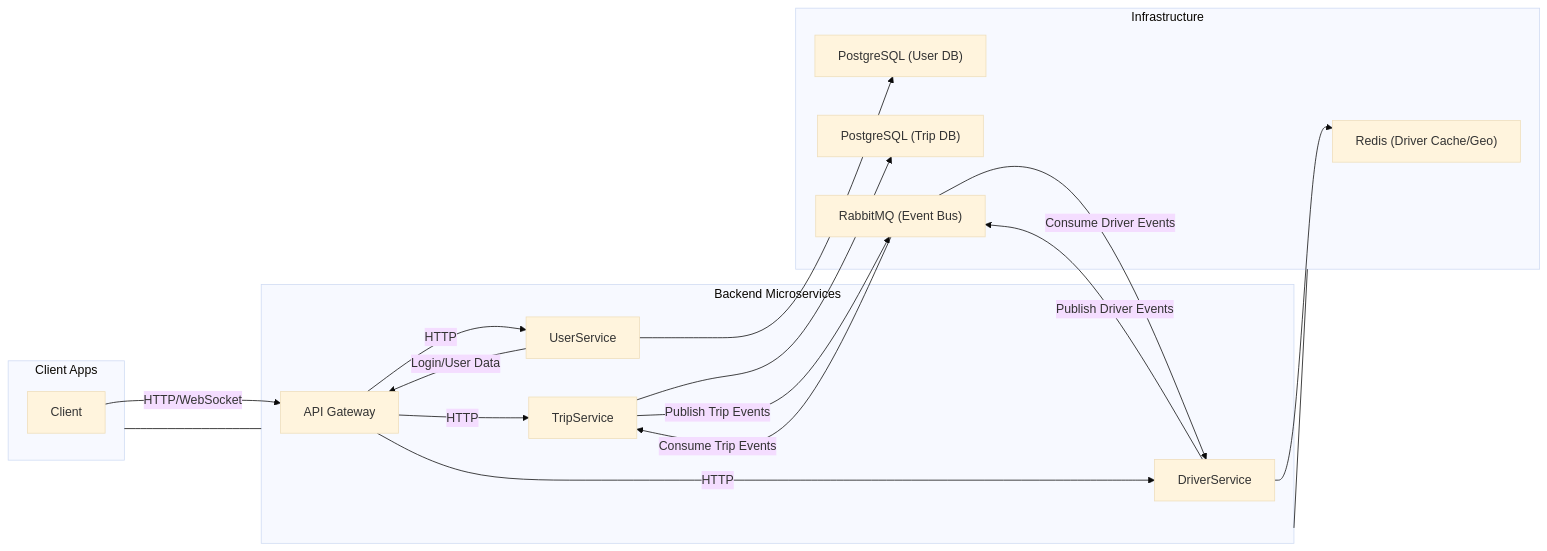
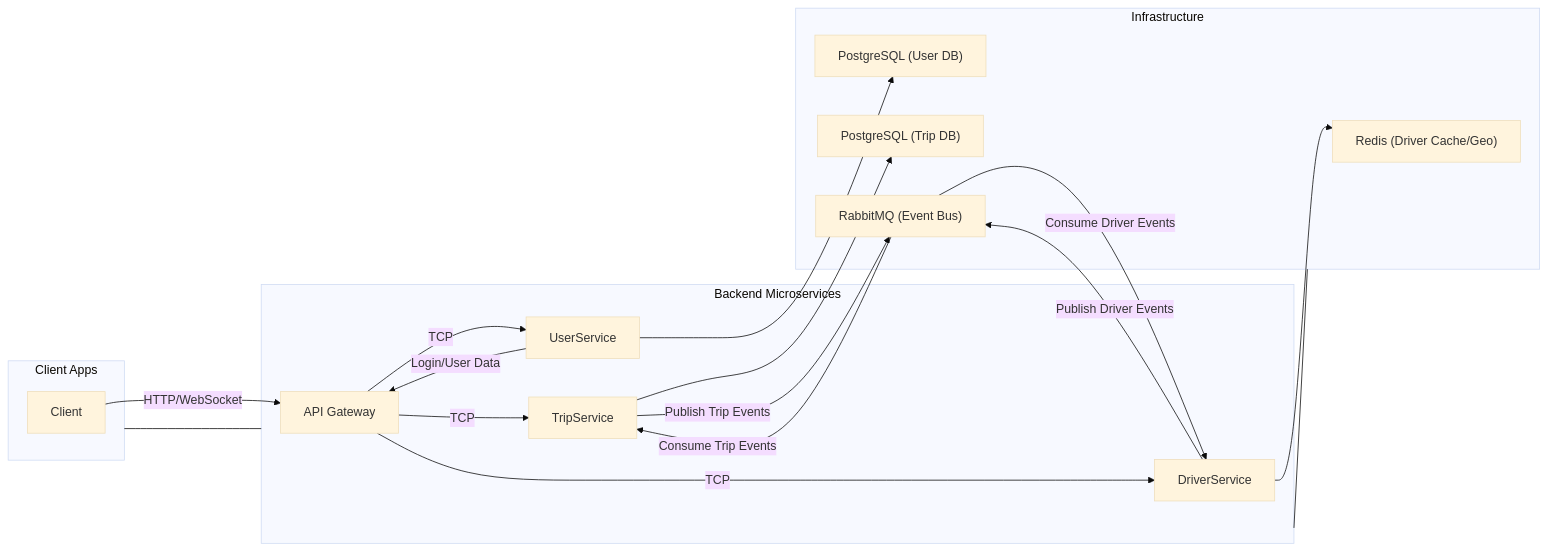
Before and after one commit to LeVanHuy84/uit-go-project: the second of 4 diagrams in ARCHITECTURE.md, drawn with Mermaid (base theme).

````diff
--- a/ARCHITECTURE.md
+++ b/ARCHITECTURE.md
@@ -108,71 +108,71 @@
 ```mermaid
 flowchart LR
   %% ===========================
   %% CLIENT LAYER
   %% ===========================
   subgraph Clients["Client Apps"]
     Client["Client"]
   end
 
   %% ===========================
   %% SERVICE LAYER
   %% ===========================
   subgraph Services["Backend Microservices"]
     ApiGateway["API Gateway"]
     UserSvc["UserService"]
     TripSvc["TripService"]
     DriverSvc["DriverService"]
   end
 
   %% ===========================
   %% INFRASTRUCTURE LAYER
   %% ===========================
   subgraph Infra["Infrastructure"]
     Redis["Redis (Driver Cache/Geo)"]
     PostgresUser["PostgreSQL (User DB)"]
     PostgresTrip["PostgreSQL (Trip DB)"]
     MQ["RabbitMQ (Event Bus)"]
   end
 
   %% ===========================
   %% CLIENT → GATEWAY
   %% ===========================
   Client --> |HTTP/WebSocket| ApiGateway
 
   %% ===========================
   %% GATEWAY → SERVICES
   %% ===========================
-  ApiGateway --> |HTTP| UserSvc
-  ApiGateway --> |HTTP| TripSvc
-  ApiGateway --> |HTTP| DriverSvc
+  ApiGateway --> |TCP| UserSvc
+  ApiGateway --> |TCP| TripSvc
+  ApiGateway --> |TCP| DriverSvc
 
   %% ===========================
   %% AUTH FLOW (LOGIN)
   %% ===========================
   UserSvc --> |Login/User Data| ApiGateway
 
   %% ===========================
   %% DATABASE CONNECTIONS
   %% ===========================
   UserSvc --> PostgresUser
   TripSvc --> PostgresTrip
 
   %% ===========================
   %% REDIS CACHE
   %% ===========================
   DriverSvc --> Redis
 
   %% ===========================
   %% RABBITMQ EVENTS
   %% ===========================
   TripSvc --> |Publish Trip Events| MQ
   MQ --> |Consume Driver Events| DriverSvc
 
   DriverSvc --> |Publish Driver Events| MQ
   MQ --> |Consume Trip Events| TripSvc
 
   %% ===========================
   %% ALIGNMENT
   %% ===========================
   Clients --- Services --- Infra
 ```
````
